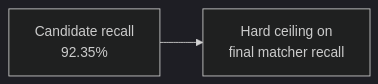
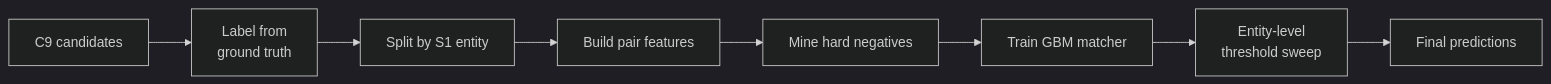
One commit to DharmiSapariya/Amazom_ML_Challenge_2026 changed diagram 13 of 17 in README.md. Above: the diagram before and after it, drawn with Mermaid (dark theme). The commit also changed other lines of this file, not shown here.

````diff
--- a/README.md
+++ b/README.md
@@ -187,4 +328,10 @@
 ```mermaid
 flowchart LR
-    A["Candidate recall<br/>92.35%"] --> B["Hard ceiling on<br/>final matcher recall"]
+    A["C9 candidates"] --> B["Label from<br/>ground truth"]
+    B --> C["Split by S1 entity"]
+    C --> D["Build pair features"]
+    D --> E["Mine hard negatives"]
+    E --> F["Train GBM matcher"]
+    F --> G["Entity-level<br/>threshold sweep"]
+    G --> H["Final predictions"]
 ```
````
